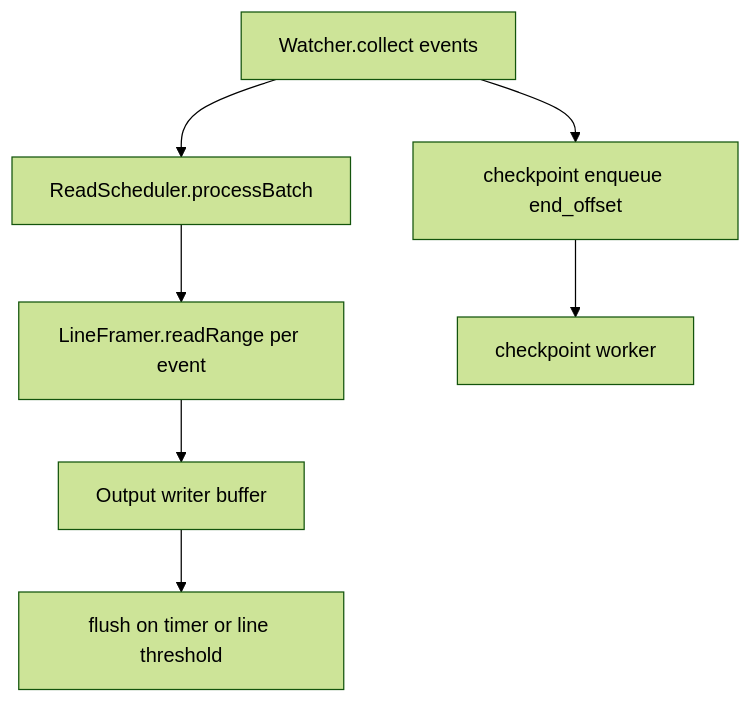
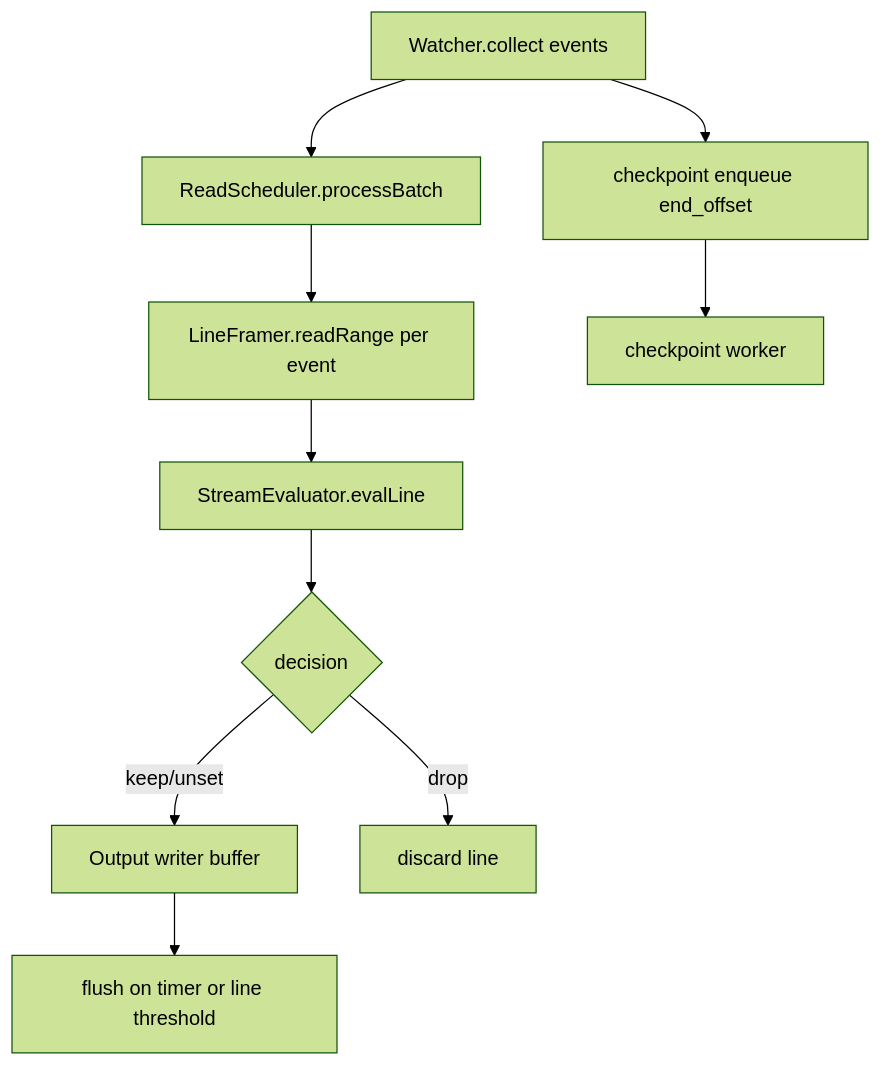
One commit to usetero/edge changed the third of 7 diagrams in src/tail/README.md. Above: the diagram before and after it, drawn with Mermaid (forest theme). The commit also changed other lines of this file and 53 other files, not shown here.

````diff
--- a/src/tail/README.md
+++ b/src/tail/README.md
@@ -52,9 +56,12 @@
 ```mermaid
 flowchart TD
   A[Watcher.collect events] --> B[ReadScheduler.processBatch]
   B --> C[LineFramer.readRange per event]
-  C --> D[Output writer buffer]
-  D --> E[flush on timer or line threshold]
-  A --> F[checkpoint enqueue end_offset]
-  F --> G[checkpoint worker]
+  C --> D[StreamEvaluator.evalLine]
+  D --> E{decision}
+  E -- keep/unset --> F[Output writer buffer]
+  E -- drop --> G[discard line]
+  F --> H[flush on timer or line threshold]
+  A --> I[checkpoint enqueue end_offset]
+  I --> J[checkpoint worker]
 ```
````
